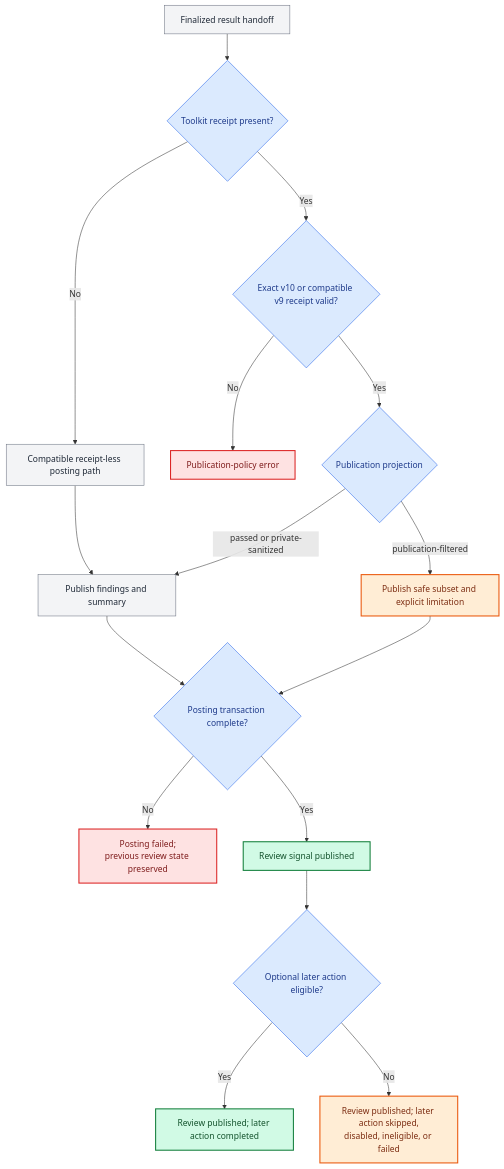
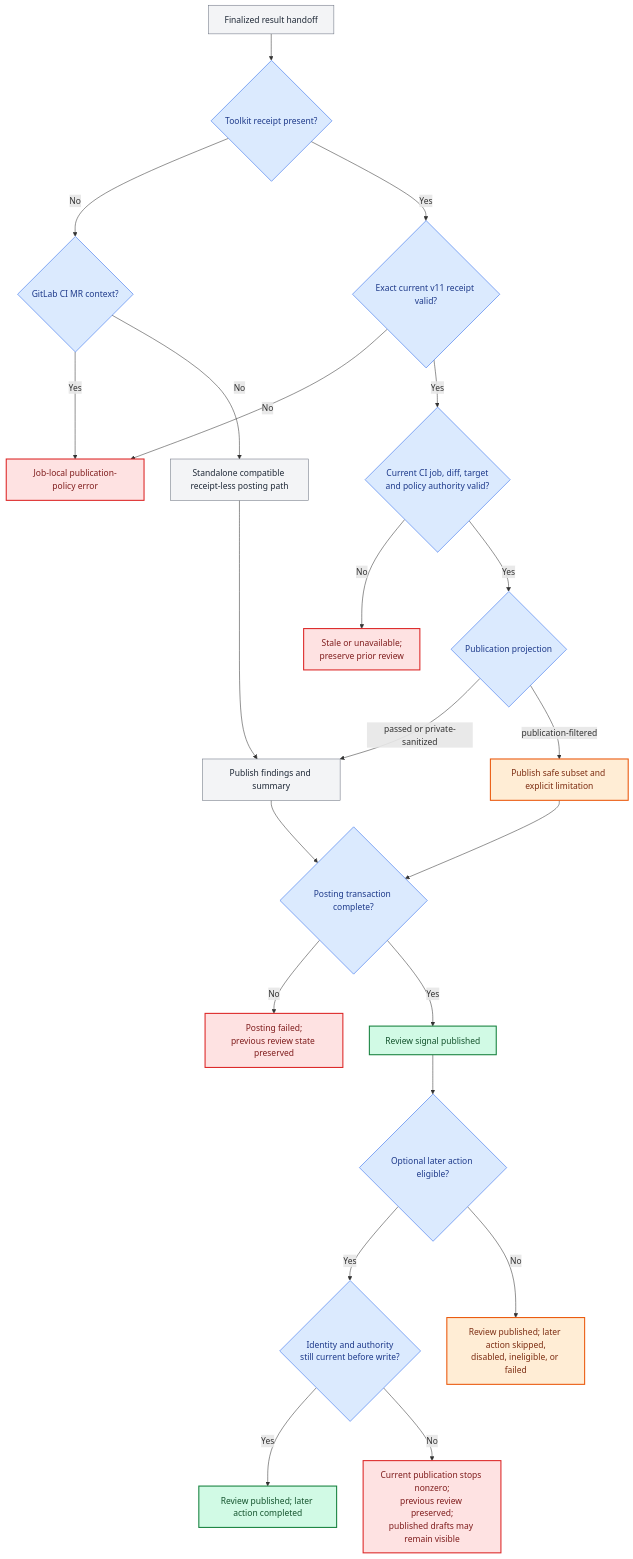
Before and after one commit to xeonvs/open-code-review-toolkit: the fourth of 4 diagrams in docs/review-decision-flow.md, drawn with Mermaid. The commit also changed other lines of this file and 15 other files, not shown here.

Commit message:
Document auto policy and current review contracts

````diff
--- a/docs/review-decision-flow.md
+++ b/docs/review-decision-flow.md
@@ -244,30 +273,36 @@
 ```mermaid
 flowchart TD
     handoff[Finalized result handoff] --> receipt{Toolkit receipt present?}
-    receipt -- No --> direct[Compatible receipt-less posting path]
-    receipt -- Yes --> exact{Exact v10 or compatible v9 receipt valid?}
-    exact -- No --> schema_error[Publication-policy error]
-    exact -- Yes --> projection{Publication projection}
+    receipt -- No --> ci_context{GitLab CI MR context?}
+    ci_context -- Yes --> schema_error
+    ci_context -- No --> direct[Standalone compatible receipt-less posting path]
+    receipt -- Yes --> exact{Exact current v11 receipt valid?}
+    exact -- No --> schema_error[Job-local publication-policy error]
+    exact -- Yes --> fresh{Current CI job, diff, target<br/>and policy authority valid?}
+    fresh -- No --> stale_error[Stale or unavailable;<br/>preserve prior review]
+    fresh -- Yes --> projection{Publication projection}
     direct --> publish[Publish findings and summary]
     projection -- passed or private-sanitized --> publish
     projection -- publication-filtered --> publish_partial[Publish safe subset and explicit limitation]
     publish --> writes{Posting transaction complete?}
     publish_partial --> writes
     writes -- No --> post_error[Posting failed;<br/>previous review state preserved]
     writes -- Yes --> public_ok[Review signal published]
     public_ok --> action{Optional later action eligible?}
-    action -- Yes --> action_ok[Review published; later action completed]
+    action -- Yes --> fresh_again{Identity and authority<br/>still current before write?}
+    fresh_again -- Yes --> action_ok[Review published; later action completed]
+    fresh_again -- No --> action_stale[Current publication stops nonzero;<br/>previous review preserved;<br/>published drafts may remain visible]
     action -- No --> action_warn[Review published; later action skipped,<br/>disabled, ineligible, or failed]
 
     classDef success fill:#d1fae5,stroke:#15803d,color:#14532d,stroke-width:2px;
     classDef warning fill:#ffedd5,stroke:#ea580c,color:#7c2d12,stroke-width:2px;
     classDef error fill:#fee2e2,stroke:#dc2626,color:#7f1d1d,stroke-width:2px;
     classDef auxiliary fill:#f3f4f6,stroke:#6b7280,color:#1f2937;
     classDef decision fill:#dbeafe,stroke:#2563eb,color:#1e3a8a;
 
     class public_ok,action_ok success;
     class publish_partial,action_warn warning;
-    class schema_error,post_error error;
+    class schema_error,stale_error,post_error,action_stale error;
     class handoff,direct,publish auxiliary;
-    class receipt,exact,projection,writes,action decision;
+    class receipt,ci_context,exact,fresh,projection,writes,action,fresh_again decision;
 ```
````
